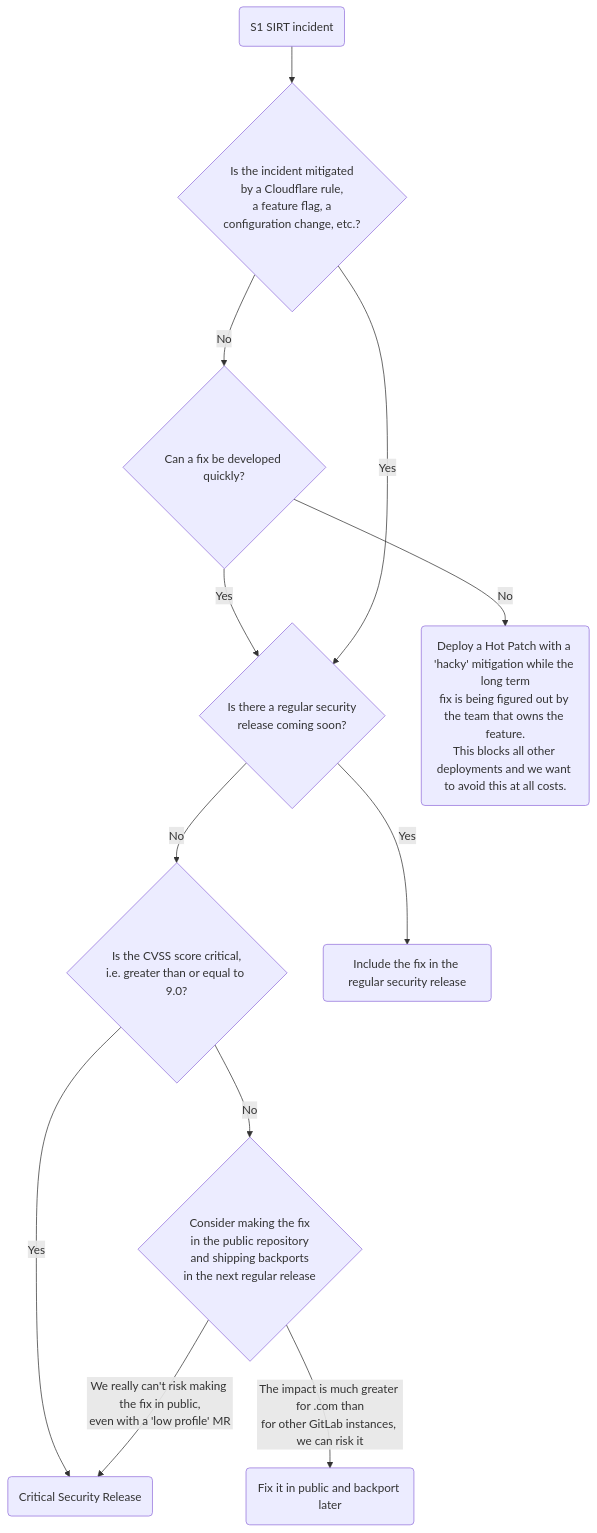
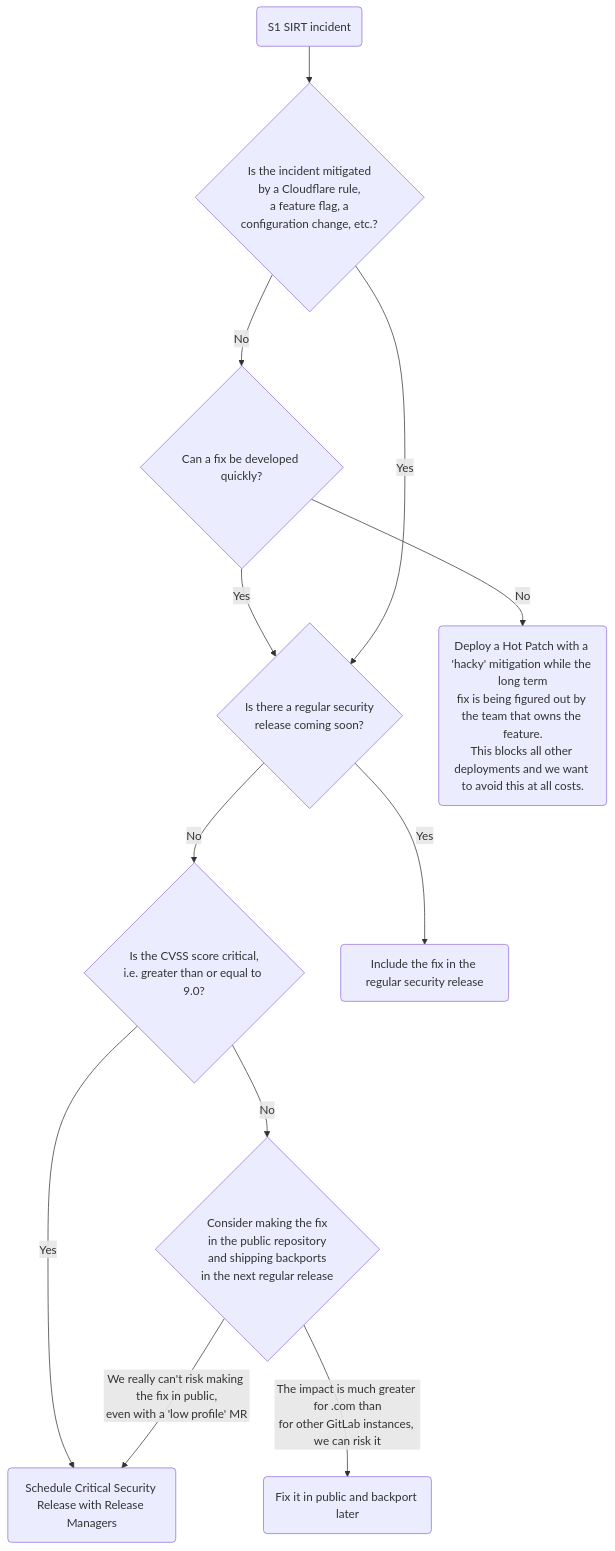
One commit to secretstartups/handbook changed the diagram in security/security-engineering/application-security/runbooks/deciding-gitlab-com-deployment.html.md. Above: the diagram before and after it, drawn with Mermaid.

Commit message:
Add more detailed description for critical security releases

````diff
--- a/security/security-engineering/application-security/runbooks/deciding-gitlab-com-deployment.html.md
+++ b/security/security-engineering/application-security/runbooks/deciding-gitlab-com-deployment.html.md
@@ -10,14 +10,14 @@
 ```mermaid
 flowchart TD
     Start(S1 SIRT incident) --> Mitigated{Is the incident mitigated<br>by a Cloudflare rule,<br>a feature flag, a<br>configuration change, etc.?}
     Mitigated -->|No| QuickFix{Can a fix be developed quickly?}
     QuickFix --> |Yes| RegularRelease
     QuickFix --> |No| HotPatch(Deploy a Hot Patch with a 'hacky' mitigation while the long term<br>fix is being figured out by the team that owns the feature.<br>This blocks all other deployments and we want to avoid this at all costs.)
     Mitigated --> |Yes| RegularRelease{Is there a regular security<br>release coming soon?}
     CVSSS1{Is the CVSS score critical,<br>i.e. greater than or equal to 9.0?} --> |Yes| CriticalRelease
     CVSSS1 --> |No| PublicFix{Consider making the fix<br>in the public repository<br>and shipping backports<br>in the next regular release}
     RegularRelease --> |Yes| ShipRegularRelease(Include the fix in the regular security release)
     RegularRelease --> |No| CVSSS1
-    PublicFix -->|We really can't risk making the fix in public,<br>even with a 'low profile' MR| CriticalRelease(Critical Security Release)
+    PublicFix -->|We really can't risk making the fix in public,<br>even with a 'low profile' MR| CriticalRelease(Schedule Critical Security Release with Release Managers)
     PublicFix -->|The impact is much greater for .com than<br>for other GitLab instances, we can risk it| ShipPublicFix(Fix it in public and backport later)
 ```
````
